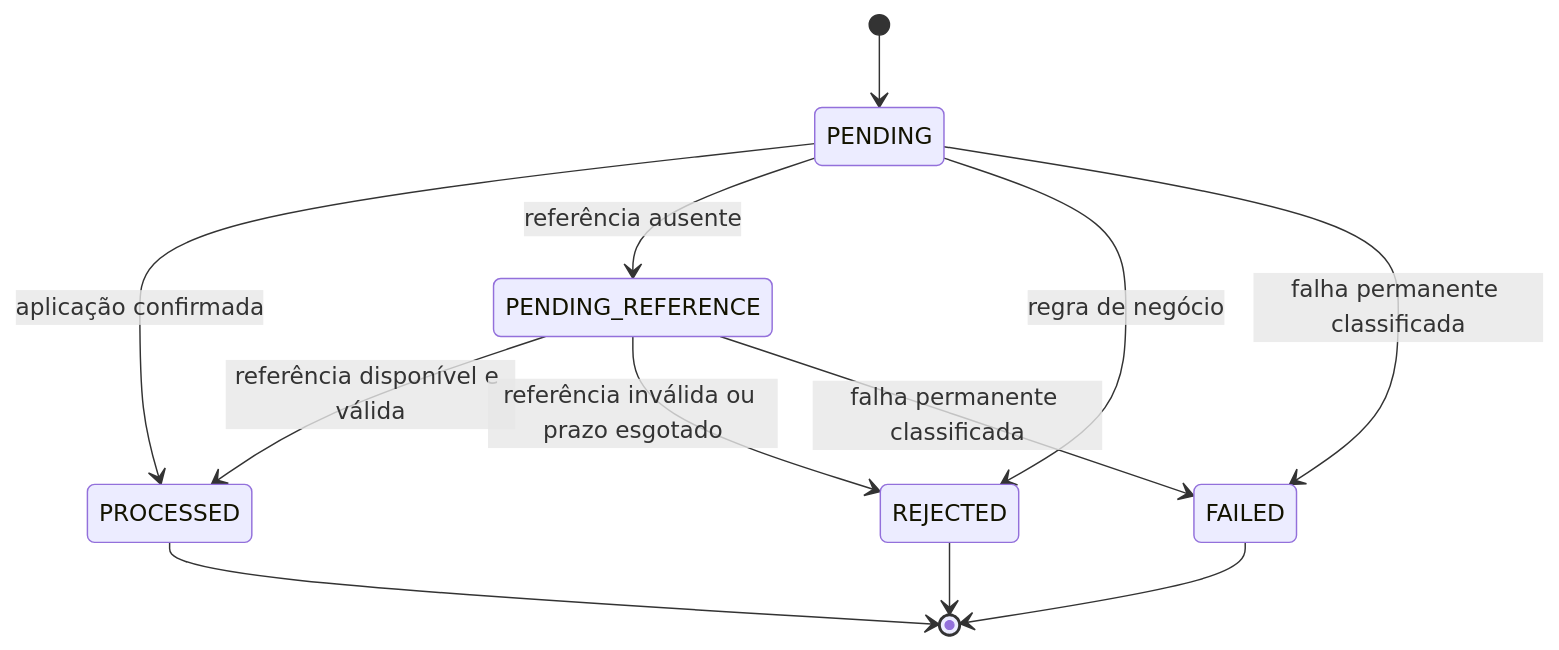
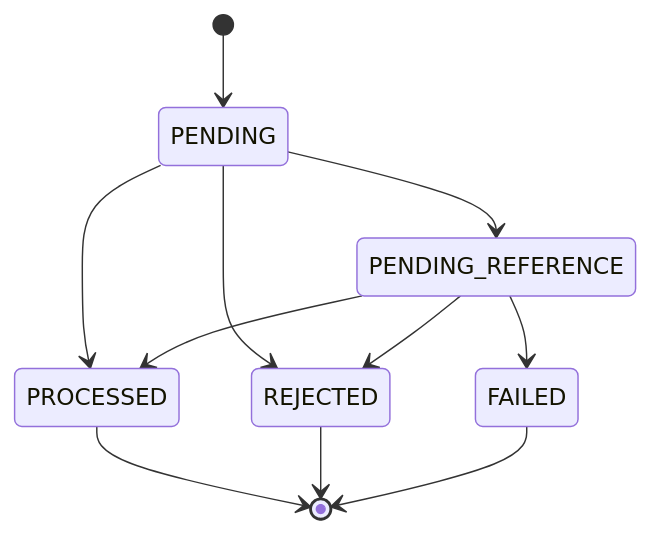
One commit to FelipeSakai/wager-ledger changed the second of 2 diagrams in ARCHITECTURE.md. Above: the diagram before and after it, drawn with Mermaid. The commit also changed other lines of this file and 33 other files, not shown here.

Commit message:
docs: align architecture specifications and operating guides

````diff
--- a/ARCHITECTURE.md
+++ b/ARCHITECTURE.md
@@ -108,14 +131,13 @@
 ```mermaid
 stateDiagram-v2
   [*] --> PENDING
-  PENDING --> PROCESSED: aplicação confirmada
-  PENDING --> PENDING_REFERENCE: referência ausente
-  PENDING --> REJECTED: regra de negócio
-  PENDING --> FAILED: falha permanente classificada
-  PENDING_REFERENCE --> PROCESSED: referência disponível e válida
-  PENDING_REFERENCE --> REJECTED: referência inválida ou prazo esgotado
-  PENDING_REFERENCE --> FAILED: falha permanente classificada
+  PENDING --> PROCESSED
+  PENDING --> REJECTED
+  PENDING --> PENDING_REFERENCE
+  PENDING_REFERENCE --> PROCESSED
+  PENDING_REFERENCE --> REJECTED
+  PENDING_REFERENCE --> FAILED
   PROCESSED --> [*]
   REJECTED --> [*]
   FAILED --> [*]
 ```
````
